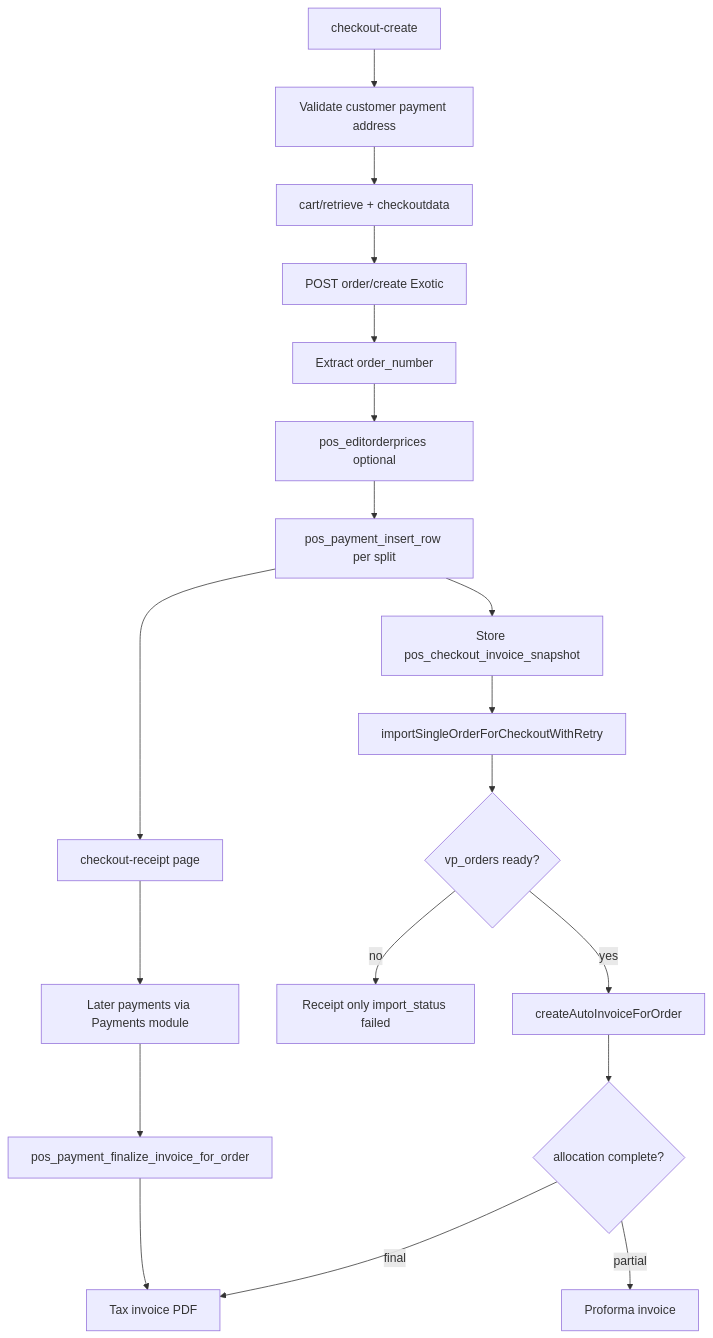
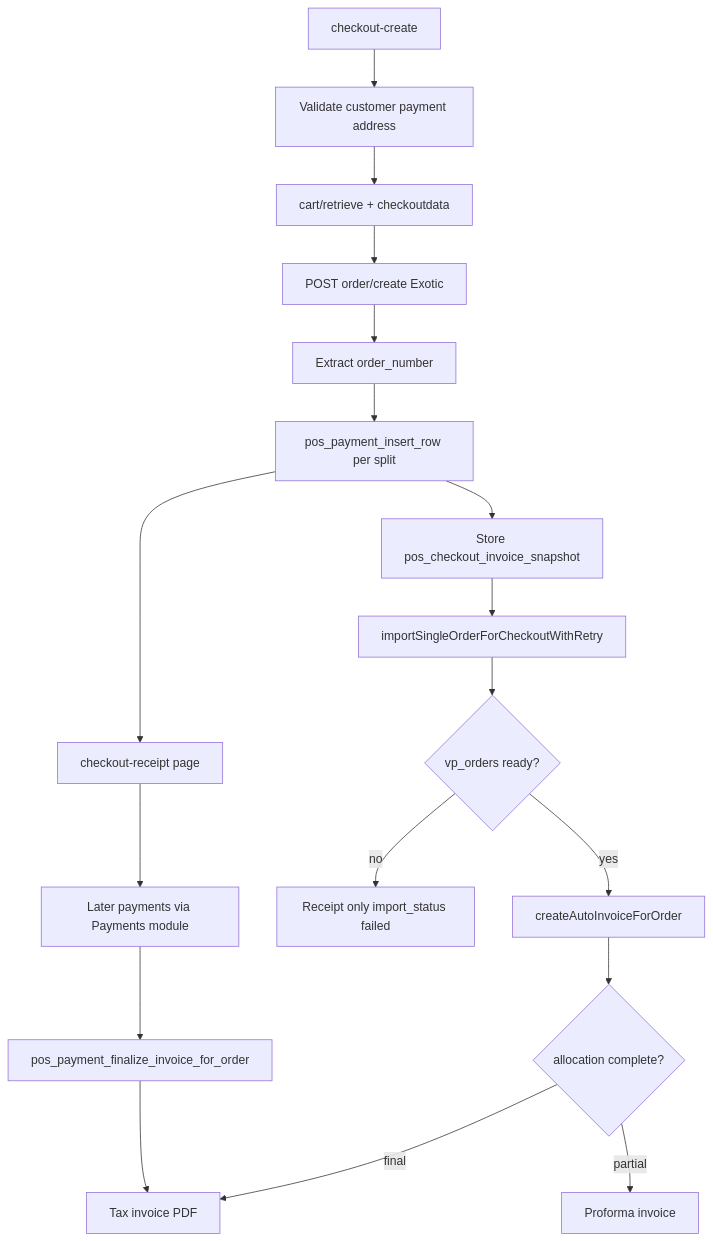
The diagram in .cursor/rules/pos-order-payment-invoice.mdc (sirajsoftcorelogix/exotic_vendor), drawn with Mermaid before and after one commit. The commit also changed other lines of this file and 5 other files, not shown here.

````diff
--- a/.cursor/rules/pos-order-payment-invoice.mdc
+++ b/.cursor/rules/pos-order-payment-invoice.mdc
@@ -307,21 +306,20 @@
 ```mermaid
 flowchart TD
   A[checkout-create] --> B[Validate customer payment address]
   B --> C[cart/retrieve + checkoutdata]
   C --> D[POST order/create Exotic]
   D --> E[Extract order_number]
-  E --> F[pos_editorderprices optional]
-  F --> G[pos_payment_insert_row per split]
+  E --> G[pos_payment_insert_row per split]
   G --> H[Store pos_checkout_invoice_snapshot]
   H --> I[importSingleOrderForCheckoutWithRetry]
   I --> J{vp_orders ready?}
   J -->|yes| K[createAutoInvoiceForOrder]
   J -->|no| L[Receipt only import_status failed]
   K --> M{allocation complete?}
   M -->|final| N[Tax invoice PDF]
   M -->|partial| O[Proforma invoice]
   G --> P[checkout-receipt page]
   P --> Q[Later payments via Payments module]
   Q --> R[pos_payment_finalize_invoice_for_order]
   R --> N
 ```
````
